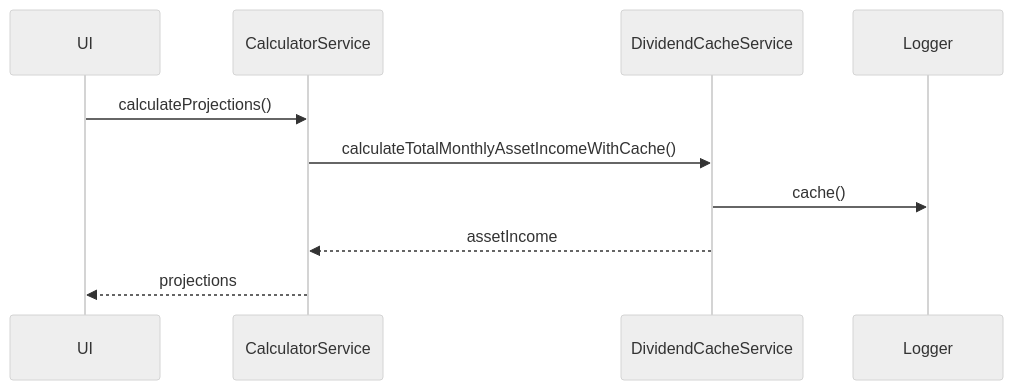
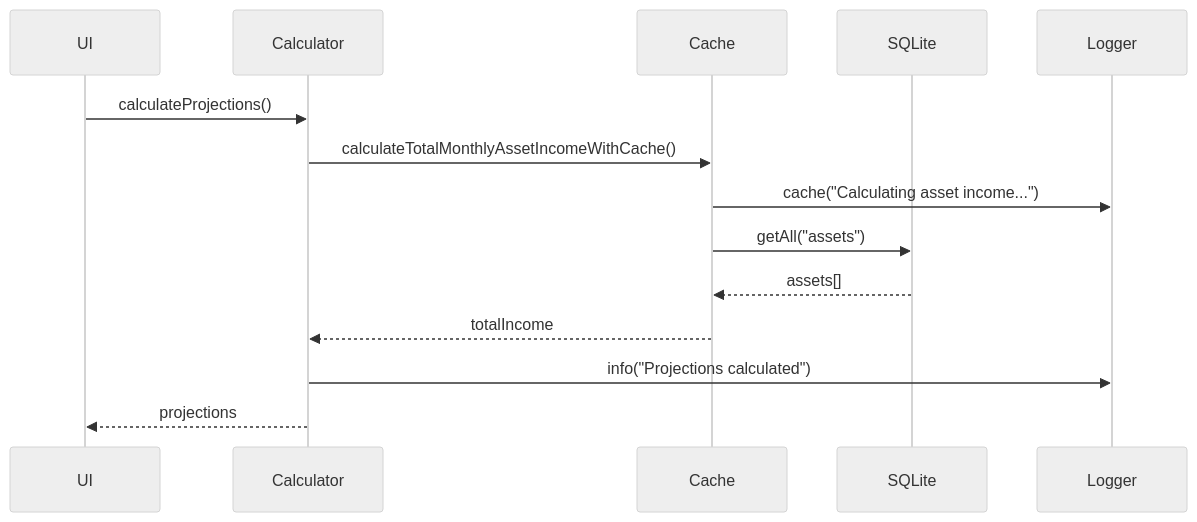
One commit to ChristianScheub/Typescript_PassivIncomeCalculator changed the third of 3 diagrams in src/service/README.md. Above: the diagram before and after it, drawn with Mermaid (neutral theme). The commit also changed other lines of this file and 8 other files, not shown here.

````diff
--- a/src/service/README.md
+++ b/src/service/README.md
@@ -77,12 +178,17 @@
 ```mermaid
 sequenceDiagram
     participant UI
-    participant CalculatorService
-    participant DividendCacheService
+    participant Calculator
+    participant Cache
+    participant SQLite
     participant Logger
-    UI->>CalculatorService: calculateProjections()
-    CalculatorService->>DividendCacheService: calculateTotalMonthlyAssetIncomeWithCache()
-    DividendCacheService->>Logger: cache()
-    DividendCacheService-->>CalculatorService: assetIncome
-    CalculatorService-->>UI: projections
+    
+    UI->>Calculator: calculateProjections()
+    Calculator->>Cache: calculateTotalMonthlyAssetIncomeWithCache()
+    Cache->>Logger: cache("Calculating asset income...")
+    Cache->>SQLite: getAll("assets")
+    SQLite-->>Cache: assets[]
+    Cache-->>Calculator: totalIncome
+    Calculator->>Logger: info("Projections calculated")
+    Calculator-->>UI: projections
 ```
````
